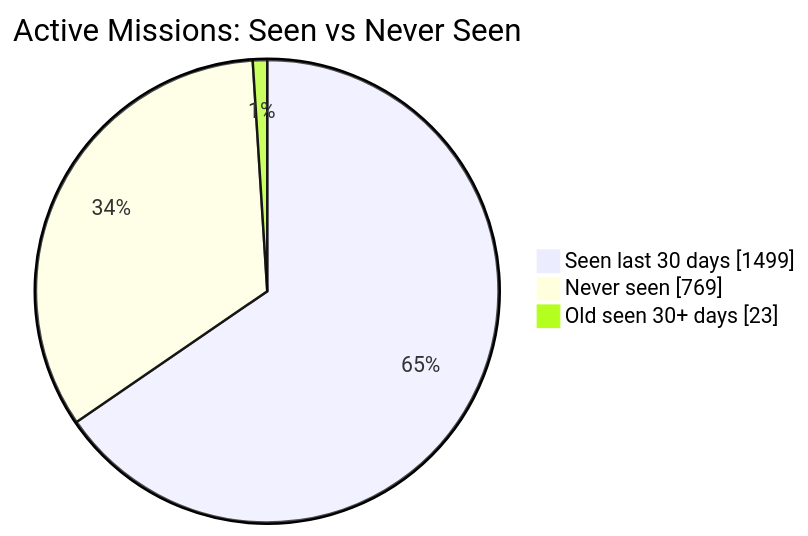
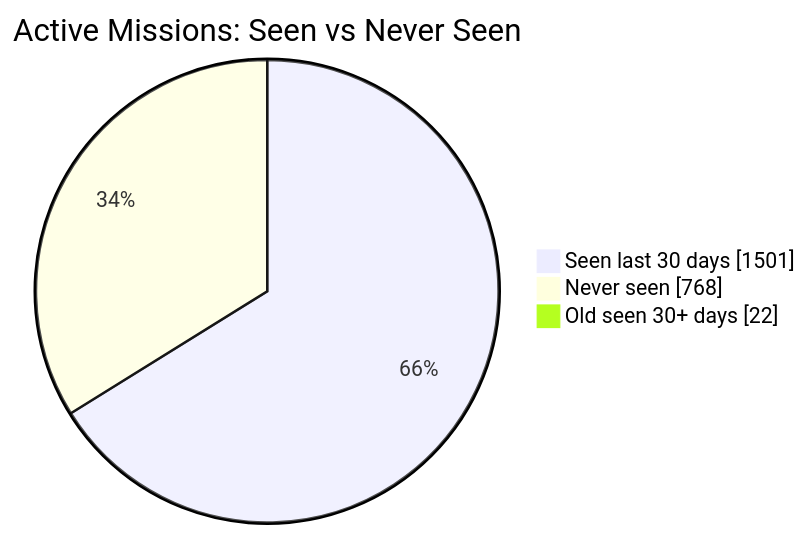
The first of 2 diagrams in README.md (MeldkamerspelGameTeam/active-missions), drawn with Mermaid before and after one commit. The commit also changed other lines of this file and 3 other files, not shown here.

````diff
--- a/README.md
+++ b/README.md
@@ -34,7 +34,7 @@
 ```mermaid
 pie showData
     title Active Missions: Seen vs Never Seen
-    "Seen last 30 days" : 1499
-    "Never seen" : 769
-    "Old seen 30+ days" : 23
+    "Seen last 30 days" : 1501
+    "Never seen" : 768
+    "Old seen 30+ days" : 22
 ```
````
